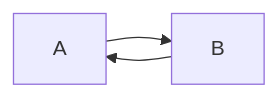
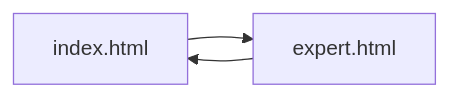
One commit to FAC29A/alex-portfolio changed the diagram in learnings/markup.md. Above: the diagram before and after it, drawn with Mermaid.

````diff
--- a/learnings/markup.md
+++ b/learnings/markup.md
@@ -32,5 +32,5 @@
 ```mermaid
 graph LR;
-    A-->B;
-    B-->A;
+    index.html-->expert.html;
+    expert.html-->index.html;
 ```
````
